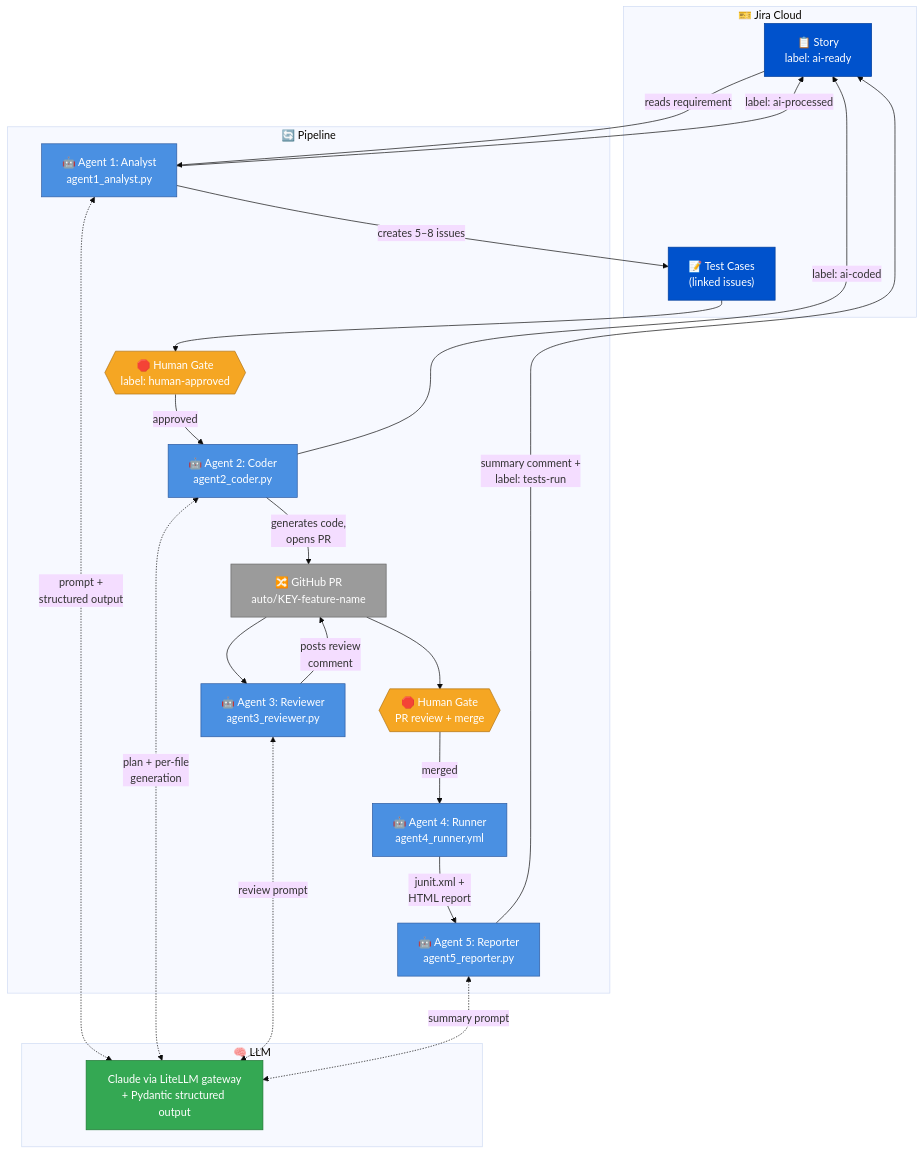
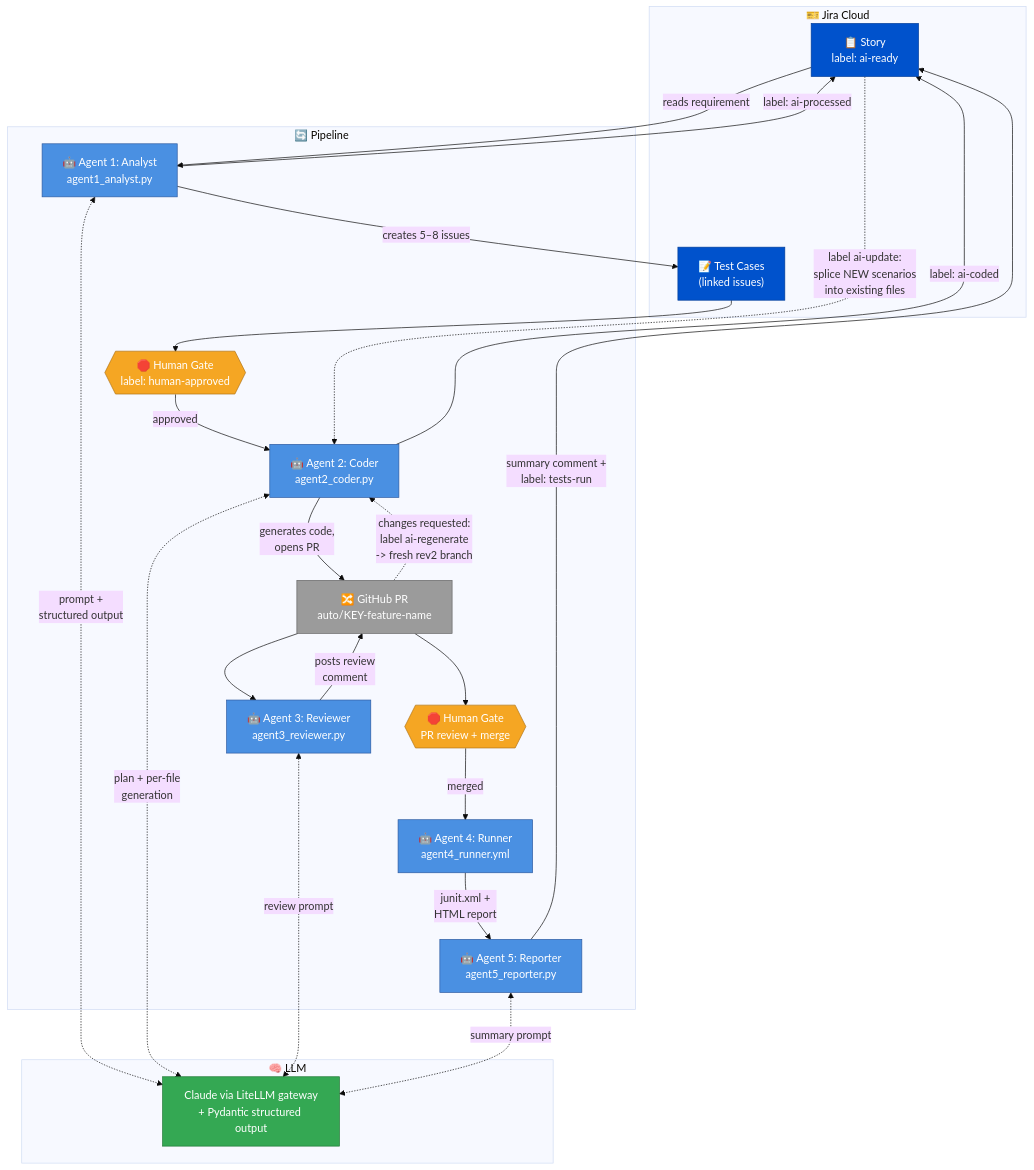
One commit to rajiniottesting-coder/multi-agent-test-automation changed the second of 5 diagrams in docs/GUIDE.md. Above: the diagram before and after it, drawn with Mermaid (base theme). The commit also changed other lines of this file and 4 other files, not shown here.

````diff
--- a/docs/GUIDE.md
+++ b/docs/GUIDE.md
@@ -965,53 +986,56 @@
 ```mermaid
 flowchart TB
     subgraph JIRA["🎫 Jira Cloud"]
         Story["📋 Story<br/>label: ai-ready"]
         TC["📝 Test Cases<br/>(linked issues)"]
     end
 
     subgraph PIPELINE["🔄 Pipeline"]
         A1["🤖 Agent 1: Analyst<br/>agent1_analyst.py"]
         H1{{"🛑 Human Gate<br/>label: human-approved"}}
         A2["🤖 Agent 2: Coder<br/>agent2_coder.py"]
         PR["🔀 GitHub PR<br/>auto/KEY-feature-name"]
         A3["🤖 Agent 3: Reviewer<br/>agent3_reviewer.py"]
         H2{{"🛑 Human Gate<br/>PR review + merge"}}
         A4["🤖 Agent 4: Runner<br/>agent4_runner.yml"]
         A5["🤖 Agent 5: Reporter<br/>agent5_reporter.py"]
     end
 
     subgraph LLMGROUP["🧠 LLM"]
         LLM["Claude via LiteLLM gateway<br/>+ Pydantic structured output"]
     end
 
     Story -->|"reads requirement"| A1
     A1 -->|"creates 5–8 issues"| TC
     A1 -->|"label: ai-processed"| Story
     TC --> H1
     H1 -->|"approved"| A2
     A2 -->|"generates code,<br/>opens PR"| PR
     A2 -->|"label: ai-coded"| Story
     PR --> A3
     A3 -->|"posts review<br/>comment"| PR
     PR --> H2
     H2 -->|"merged"| A4
     A4 -->|"junit.xml +<br/>HTML report"| A5
     A5 -->|"summary comment +<br/>label: tests-run"| Story
 
+    PR -.->|"changes requested:<br/>label ai-regenerate<br/>-> fresh rev2 branch"| A2
+    Story -.->|"label ai-update:<br/>splice NEW scenarios<br/>into existing files"| A2
+
     A1 <-.->|"prompt +<br/>structured output"| LLM
     A2 <-.->|"plan + per-file<br/>generation"| LLM
     A3 <-.->|"review prompt"| LLM
     A5 <-.->|"summary prompt"| LLM
 
     classDef agent fill:#4a90e2,stroke:#2c5aa0,color:#fff
     classDef human fill:#f5a623,stroke:#b07415,color:#fff
     classDef jira fill:#0052cc,stroke:#003d99,color:#fff
     classDef llm fill:#34a853,stroke:#1e7733,color:#fff
     classDef artifact fill:#9b9b9b,stroke:#666,color:#fff
 
     class A1,A2,A3,A4,A5 agent
     class H1,H2 human
     class Story,TC jira
     class LLM llm
     class PR artifact
 ```
````
